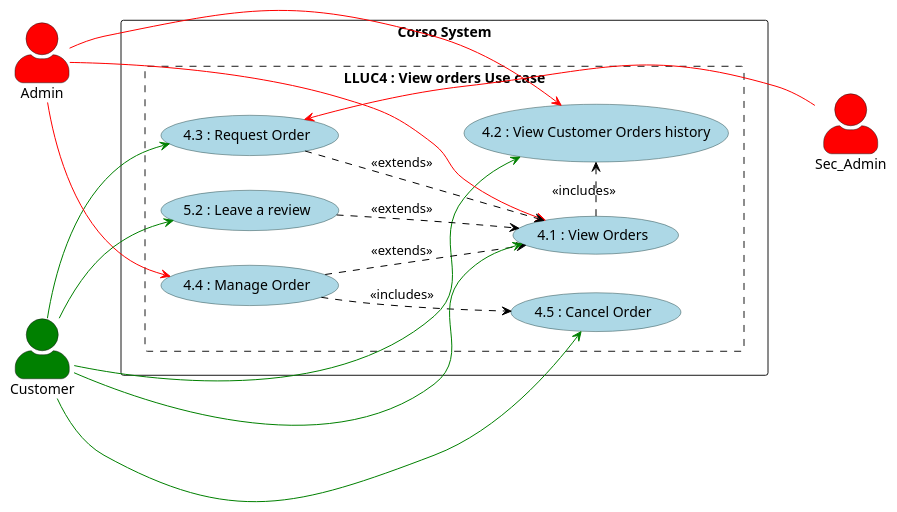
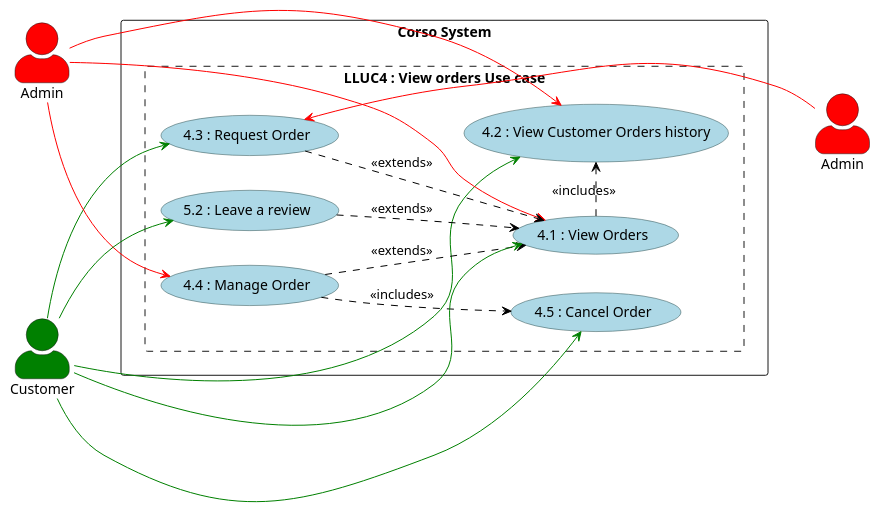
The diagram in Diagrams/UseCases/Low Level/LL_Orders.puml (DylanBrass/Corso-Electrique-code), drawn with PlantUML before and after one commit. The commit also changed 3 other files, not shown here.

Commit message:
New diagrams and Updated code

```diff
--- a/Diagrams/UseCases/Low Level/LL_Orders.puml
+++ b/Diagrams/UseCases/Low Level/LL_Orders.puml
@@ -1,46 +1,46 @@
 @startuml
 left to right direction
 skinparam actorStyle awesome
 skinparam usecase {
     BackgroundColor LightBlue
     BorderColor DarkSlateGray
     ArrowColor Black
     ActorBorderColor black
     ActorFontName Courier
     ActorBackgroundColor<< Human >> Gold
 }
-actor Sec_Admin #Red
+actor "Admin" as Sec_Admin #Red
 actor  "Admin" as Admin #Red
 actor  "Customer" as User #Green
 rectangle "Corso System"{
   rectangle "LLUC4 : View orders Use case" as Orders #line.dashed {
       usecase "4.1 : View Orders" as UC8
       usecase "4.2 : View Customer Orders history" as UC9
       usecase "4.3 : Request Order" as UC10
       usecase "4.4 : Manage Order" as UC11
       usecase "4.5 : Cancel Order" as UC12
     usecase "5.2 : Leave a review" as UC14
 
       User -[#green]-> UC9
       User -[#green]-> UC10
       Admin -[#red]-> UC8
       Admin -[#red]-> UC9
       Admin -[#red]-> UC11
       UC11 -[dashed]-> UC8 : <<extends>>
       UC10 <-[#red]- Sec_Admin
       UC11 -[dashed]-> UC12 : <<includes>>
 
 
       UC8 -[dashed]> UC9 : <<includes>>
 UC10 -[dashed]-> UC8 : <<extends>>
 
 
       UC8 -[hidden]-> Sec_Admin
       UC9 -[hidden]-> Sec_Admin
     User -[#green]-> UC14
 UC14 -[dashed]-> UC8 : <<extends>>
       User -[#green]-> UC8
       User -[#green]-> UC12
   }
 }
 @endpuml
```
